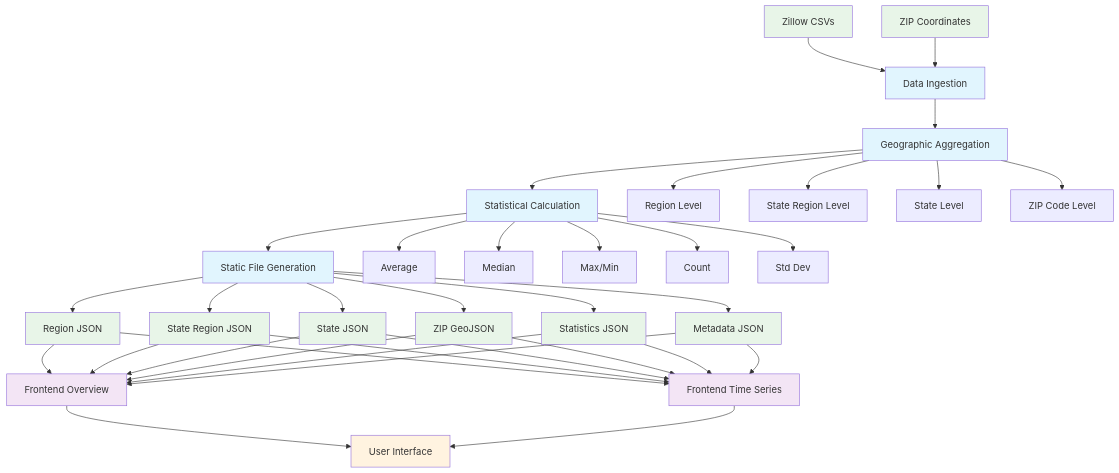
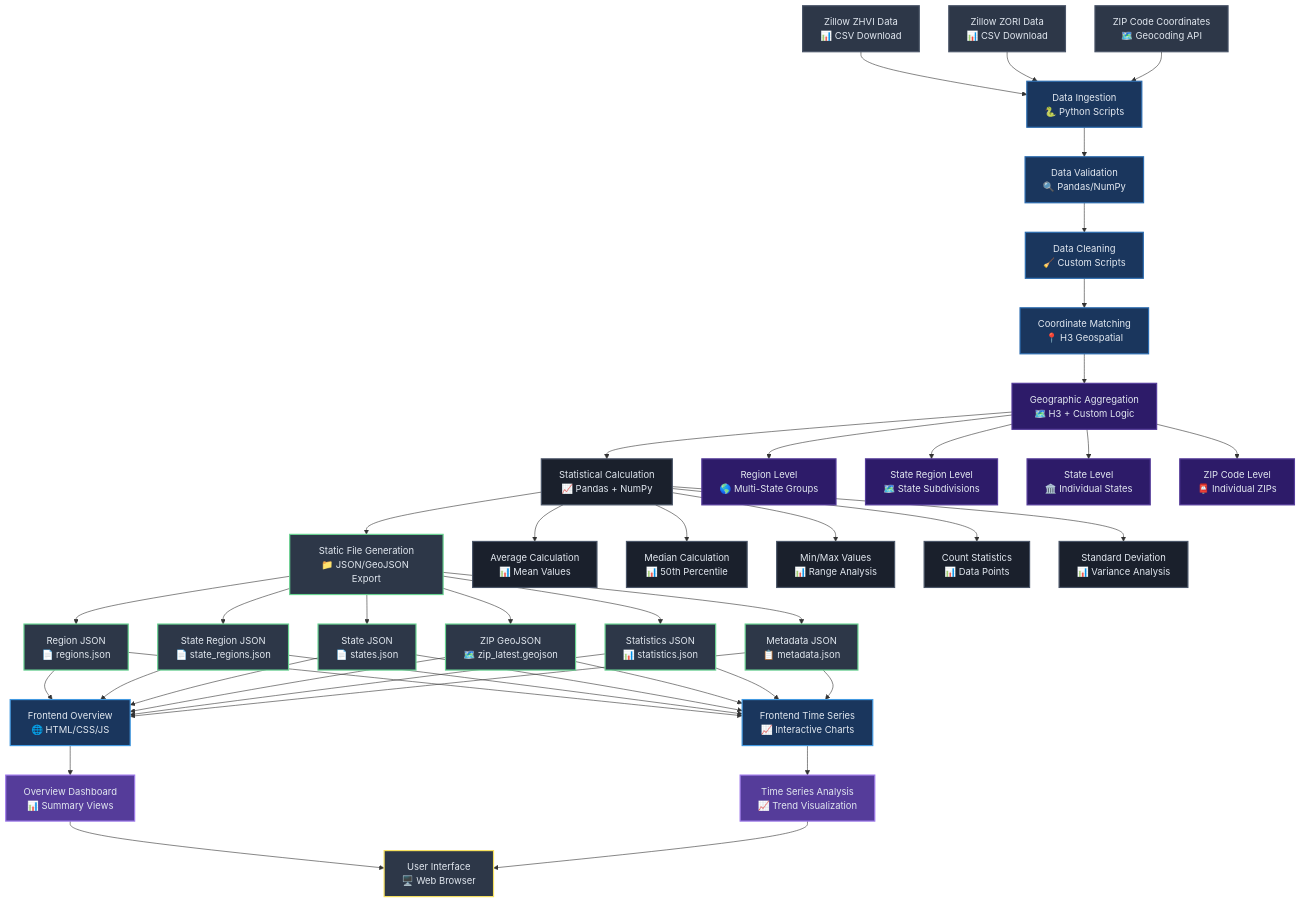
Before and after one commit to RobertJStewart/RE: the first of 6 diagrams in WORKFLOW_DIAGRAM.md, drawn with Mermaid. The commit also changed other lines of this file, not shown here.

Commit message:
Enhanced workflow diagram with technical details and dark theme optimization
- Added specific tools and technologies (Python, Pandas, NumPy, H3, etc.)
- Included detailed data sources (Zillow ZHVI/ZORI, ZIP coordinates)
- Enhanced with file names and processing steps
- Optimized color scheme for dark background rendering
- Added emojis and multi-line labels for better readability
- Improved visual hierarchy with color-coded components

````diff
--- a/WORKFLOW_DIAGRAM.md
+++ b/WORKFLOW_DIAGRAM.md
@@ -5,62 +5,79 @@
 ```mermaid
 graph TB
-    %% Data Sources
-    A[Zillow CSVs] --> B[Data Ingestion]
-    C[ZIP Coordinates] --> B
+    %% External Data Sources
+    A1[Zillow ZHVI Data<br/>📊 CSV Download] --> B[Data Ingestion<br/>🐍 Python Scripts]
+    A2[Zillow ZORI Data<br/>📊 CSV Download] --> B
+    A3[ZIP Code Coordinates<br/>🗺️ Geocoding API] --> B
     
-    %% Backend Processing
-    B --> D[Geographic Aggregation]
-    D --> E[Statistical Calculation]
-    E --> F[Static File Generation]
+    %% Data Ingestion Details
+    B --> B1[Data Validation<br/>🔍 Pandas/NumPy]
+    B1 --> B2[Data Cleaning<br/>🧹 Custom Scripts]
+    B2 --> B3[Coordinate Matching<br/>📍 H3 Geospatial]
     
-    %% Geographic Levels
-    D --> D1[Region Level]
-    D --> D2[State Region Level]
-    D --> D3[State Level]
-    D --> D4[ZIP Code Level]
+    %% Backend Processing Pipeline
+    B3 --> C[Geographic Aggregation<br/>🗺️ H3 + Custom Logic]
+    C --> D[Statistical Calculation<br/>📈 Pandas + NumPy]
+    D --> E[Static File Generation<br/>📁 JSON/GeoJSON Export]
     
-    %% Statistical Methods
-    E --> E1[Average]
-    E --> E2[Median]
-    E --> E3[Max/Min]
-    E --> E4[Count]
-    E --> E5[Std Dev]
+    %% Geographic Aggregation Levels
+    C --> C1[Region Level<br/>🌎 Multi-State Groups]
+    C --> C2[State Region Level<br/>🗺️ State Subdivisions]
+    C --> C3[State Level<br/>🏛️ Individual States]
+    C --> C4[ZIP Code Level<br/>📮 Individual ZIPs]
     
-    %% Static Files
-    F --> F1[Region JSON]
-    F --> F2[State Region JSON]
-    F --> F3[State JSON]
-    F --> F4[ZIP GeoJSON]
-    F --> F5[Statistics JSON]
-    F --> F6[Metadata JSON]
+    %% Statistical Methods Applied
+    D --> D1[Average Calculation<br/>📊 Mean Values]
+    D --> D2[Median Calculation<br/>📊 50th Percentile]
+    D --> D3[Min/Max Values<br/>📊 Range Analysis]
+    D --> D4[Count Statistics<br/>📊 Data Points]
+    D --> D5[Standard Deviation<br/>📊 Variance Analysis]
     
-    %% Frontend Consumption
-    F1 --> G[Frontend Overview]
-    F2 --> G
-    F3 --> G
-    F4 --> G
-    F5 --> G
-    F6 --> G
+    %% Generated Static Files
+    E --> E1[Region JSON<br/>📄 regions.json]
+    E --> E2[State Region JSON<br/>📄 state_regions.json]
+    E --> E3[State JSON<br/>📄 states.json]
+    E --> E4[ZIP GeoJSON<br/>🗺️ zip_latest.geojson]
+    E --> E5[Statistics JSON<br/>📊 statistics.json]
+    E --> E6[Metadata JSON<br/>📋 metadata.json]
     
-    F1 --> H[Frontend Time Series]
-    F2 --> H
-    F3 --> H
-    F4 --> H
-    F5 --> H
-    F6 --> H
+    %% Frontend Application Structure
+    E1 --> F[Frontend Overview<br/>🌐 HTML/CSS/JS]
+    E2 --> F
+    E3 --> F
+    E4 --> F
+    E5 --> F
+    E6 --> F
     
-    %% User Interface
-    G --> I[User Interface]
-    H --> I
+    E1 --> G[Frontend Time Series<br/>📈 Interactive Charts]
+    E2 --> G
+    E3 --> G
+    E4 --> G
+    E5 --> G
+    E6 --> G
     
-    %% Styling
-    classDef backend fill:#e1f5fe
-    classDef frontend fill:#f3e5f5
-    classDef data fill:#e8f5e8
-    classDef ui fill:#fff3e0
+    %% User Interface Components
+    F --> H[Overview Dashboard<br/>📊 Summary Views]
+    G --> I[Time Series Analysis<br/>📈 Trend Visualization]
     
-    class B,D,E,F backend
-    class G,H frontend
-    class A,C,F1,F2,F3,F4,F5,F6 data
-    class I ui
+    H --> J[User Interface<br/>🖥️ Web Browser]
+    I --> J
+    
+    %% Dark Theme Optimized Styling
+    classDef dataSource fill:#2d3748,stroke:#4a5568,stroke-width:2px,color:#e2e8f0
+    classDef ingestion fill:#1a365d,stroke:#2b6cb0,stroke-width:2px,color:#e2e8f0
+    classDef processing fill:#2d1b69,stroke:#553c9a,stroke-width:2px,color:#e2e8f0
+    classDef aggregation fill:#1a202c,stroke:#4a5568,stroke-width:2px,color:#e2e8f0
+    classDef statistics fill:#2d3748,stroke:#68d391,stroke-width:2px,color:#e2e8f0
+    classDef files fill:#1a365d,stroke:#4299e1,stroke-width:2px,color:#e2e8f0
+    classDef frontend fill:#553c9a,stroke:#9f7aea,stroke-width:2px,color:#e2e8f0
+    classDef ui fill:#2d3748,stroke:#f6e05e,stroke-width:2px,color:#e2e8f0
+    
+    class A1,A2,A3 dataSource
+    class B,B1,B2,B3 ingestion
+    class C,C1,C2,C3,C4 processing
+    class D,D1,D2,D3,D4,D5 aggregation
+    class E,E1,E2,E3,E4,E5,E6 statistics
+    class F,G files
+    class H,I frontend
+    class J ui
 ```
````
